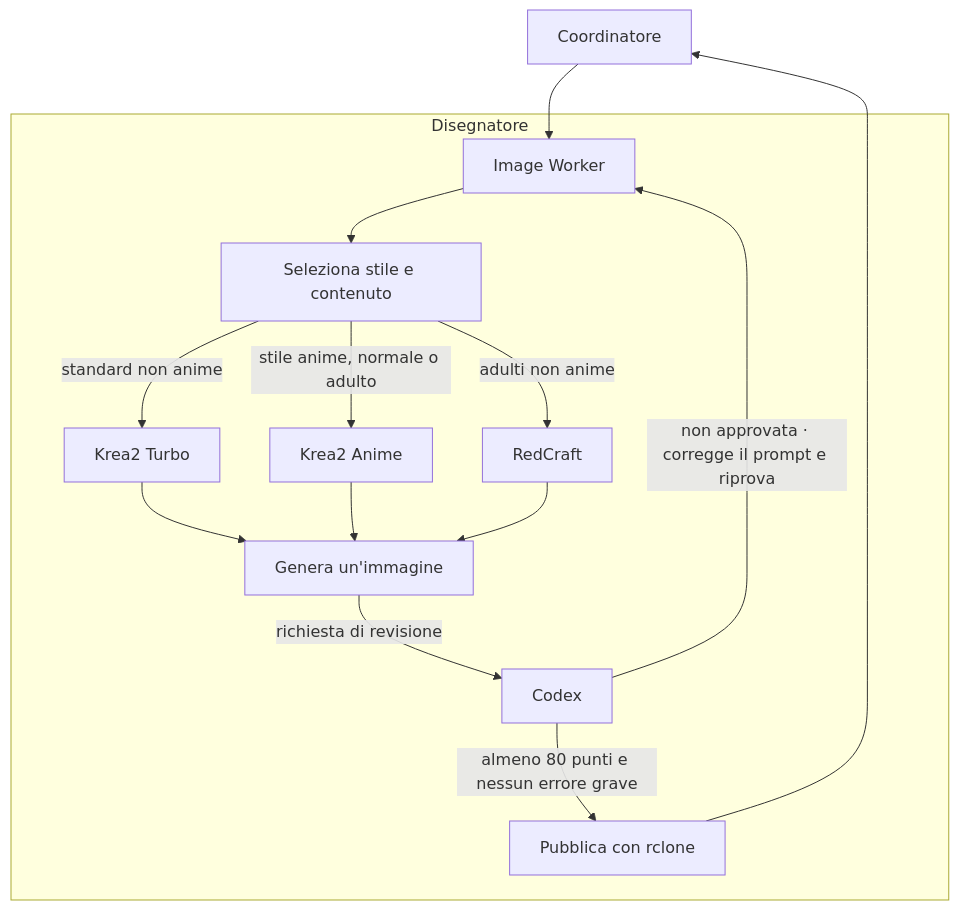
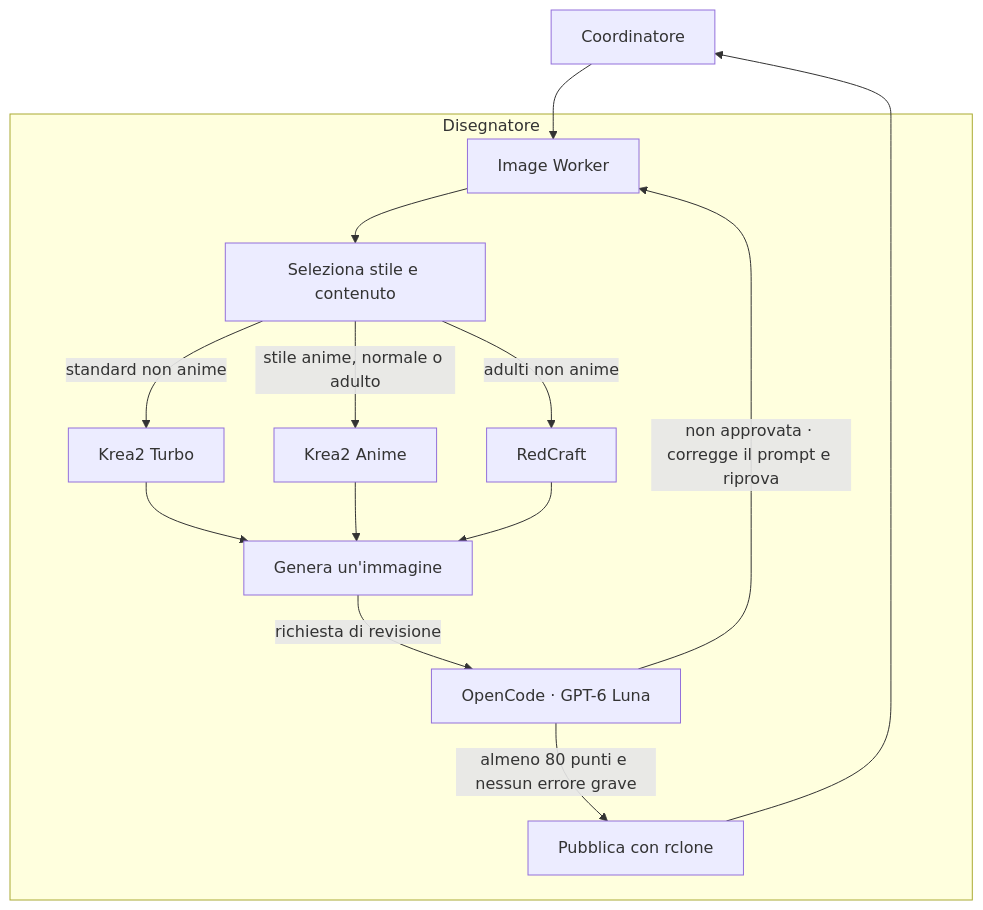
The sixth of 12 diagrams in README.md (DRincs-Productions/LM-Studio), drawn with Mermaid before and after one commit. The commit also changed other lines of this file and 31 other files, not shown here.

Commit message:
Integrate OpenCode across Shadow workflows

````diff
--- a/README.md
+++ b/README.md
@@ -152,26 +150,26 @@
 ```mermaid
 flowchart TD
     C[Coordinatore]
     subgraph DISEGNATORE[Disegnatore]
         I[Image Worker]
         M[Seleziona stile e contenuto]
         KREA[Krea2 Turbo]
         ANIME[Krea2 Anime]
         REDCRAFT[RedCraft]
         G[Genera un'immagine]
-        R[Codex]
+        R[OpenCode · GPT-6 Luna]
         O[Pubblica con rclone]
         I --> M
         M -->|standard non anime| KREA
         M -->|stile anime, normale o adulto| ANIME
         M -->|adulti non anime| REDCRAFT
         KREA --> G
         ANIME --> G
         REDCRAFT --> G
         G -->|richiesta di revisione| R
         R -->|non approvata · corregge il prompt e riprova| I
         R -->|almeno 80 punti e nessun errore grave| O
     end
     C --> I
     O --> C
 ```
````
